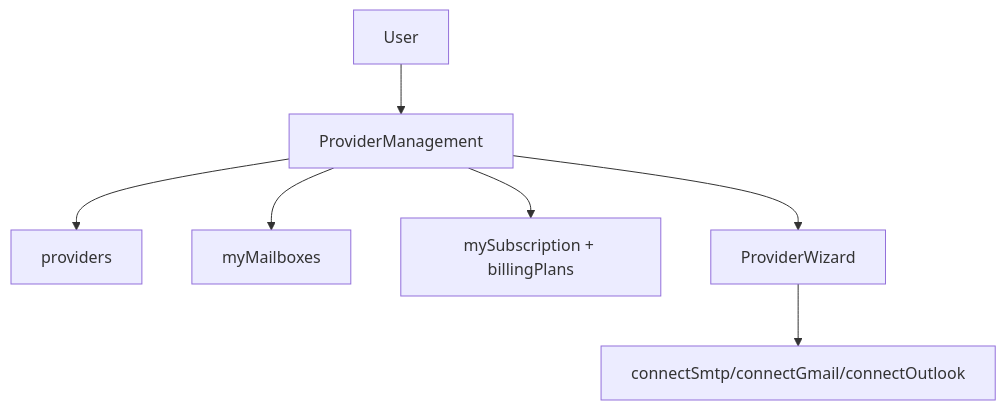
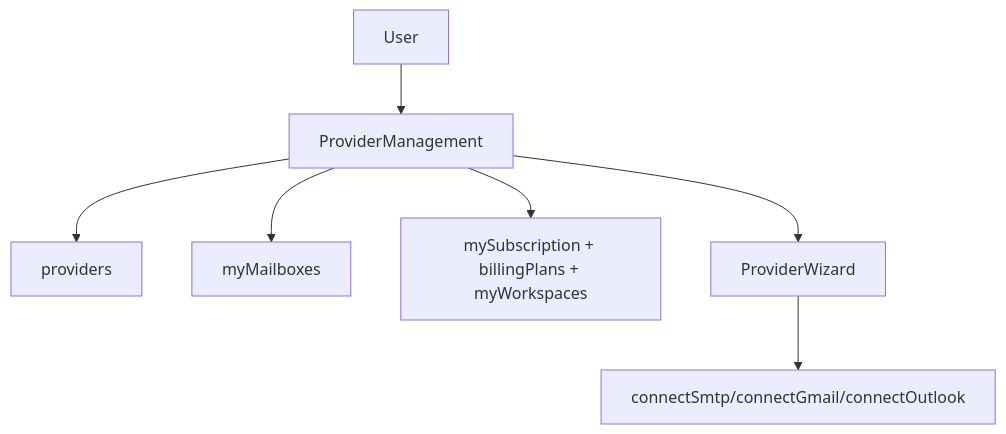
The diagram in apps/frontend/components/providers/README.md (AmanVatsSharma/MailZen-Smart-Email-Management), drawn with Mermaid before and after one commit. The commit also changed other lines of this file and 13 other files, not shown here.

````diff
--- a/apps/frontend/components/providers/README.md
+++ b/apps/frontend/components/providers/README.md
@@ -29,9 +31,9 @@
 ```mermaid
 flowchart TD
   User --> ProviderManagement
   ProviderManagement --> ProvidersQuery[providers]
   ProviderManagement --> MailboxesQuery[myMailboxes]
-  ProviderManagement --> BillingQuery[mySubscription + billingPlans]
+  ProviderManagement --> BillingQuery[mySubscription + billingPlans + myWorkspaces]
   ProviderManagement --> ProviderWizard
   ProviderWizard --> ConnectMutations[connectSmtp/connectGmail/connectOutlook]
 ```
````
